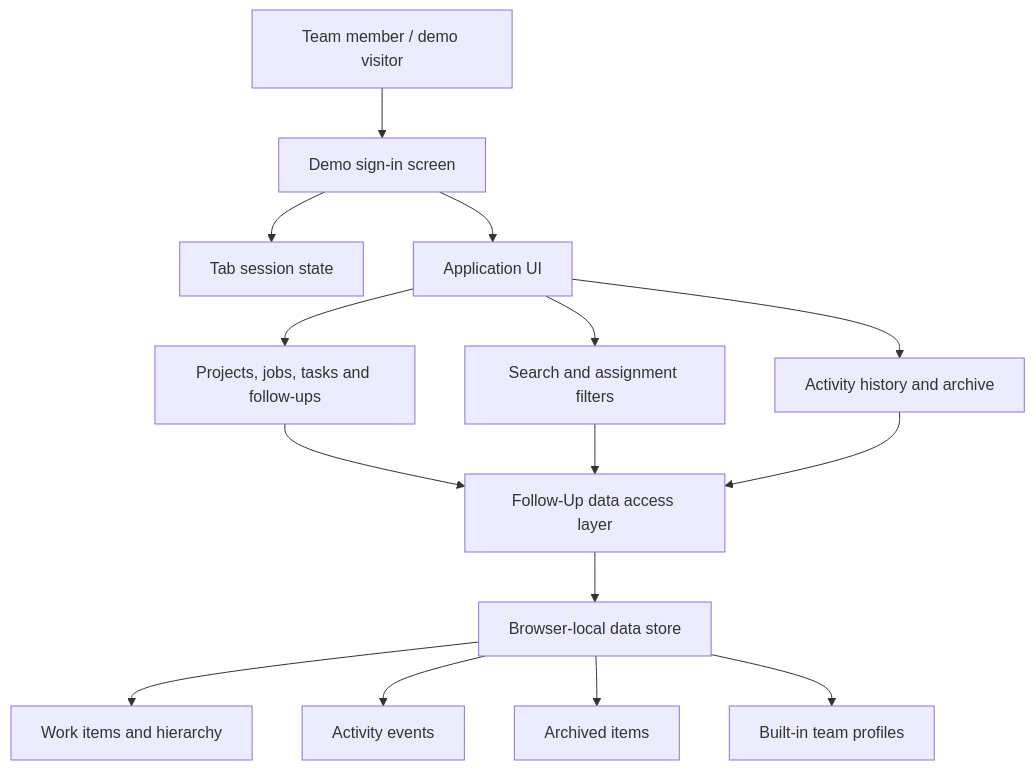
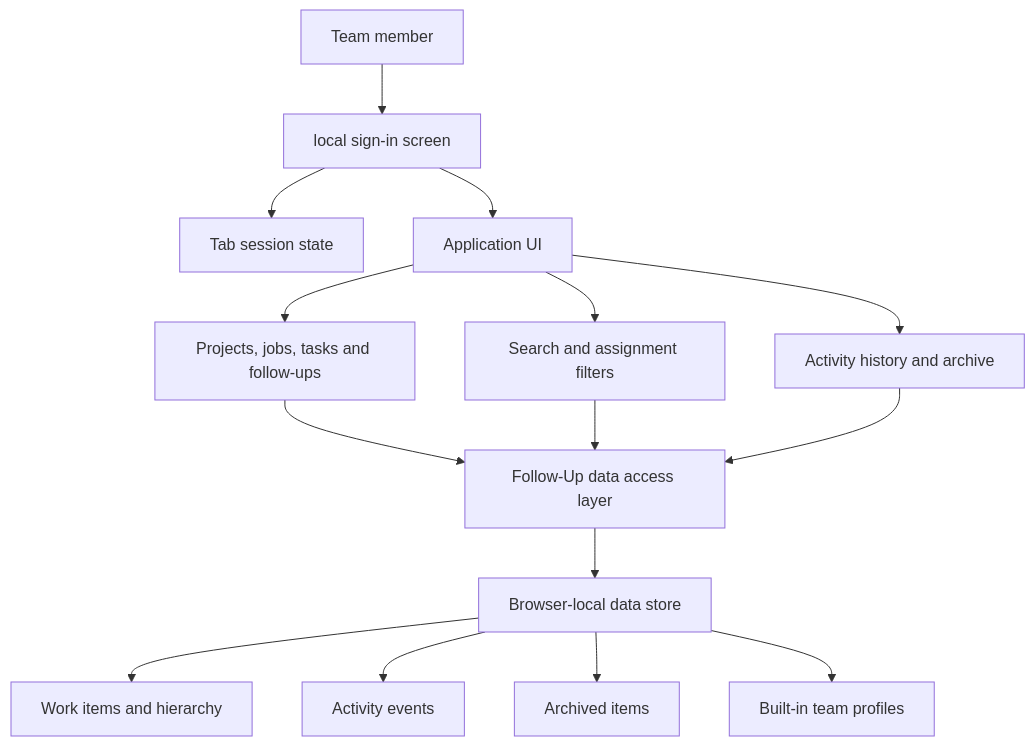
Before and after one commit to retzed/Team_Follow-Up: the diagram in README.md, drawn with Mermaid. The commit also changed other lines of this file, not shown here.

````diff
--- a/README.md
+++ b/README.md
@@ -52,17 +52,17 @@
 ```mermaid
 flowchart TD
-    Visitor[Team member / demo visitor] --> Auth[Demo sign-in screen]
+    Visitor[Team member] --> Auth[local sign-in screen]
     Auth --> Session[Tab session state]
     Auth --> UI[Application UI]
     UI --> Views[Projects, jobs, tasks and follow-ups]
     UI --> Search[Search and assignment filters]
     UI --> History[Activity history and archive]
     Views --> DataAPI[Follow-Up data access layer]
     Search --> DataAPI
     History --> DataAPI
     DataAPI --> Store[Browser-local data store]
     Store --> Items[Work items and hierarchy]
     Store --> Events[Activity events]
     Store --> Archive[Archived items]
     Store --> Profiles[Built-in team profiles]
 ```
````
